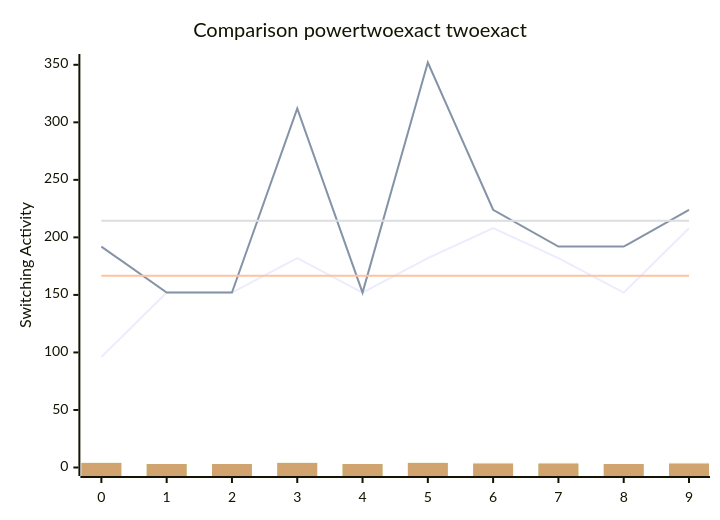
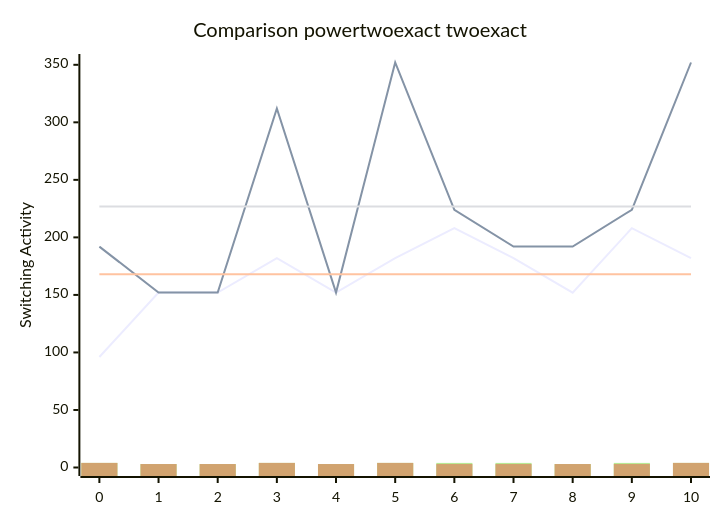
One commit to FeldmeierMichael/Exact-Power-Synthesis changed the diagram in benchmark.md. Above: the diagram before and after it, drawn with Mermaid. The commit also changed other lines of this file and 2 other files, not shown here.

````diff
--- a/benchmark.md
+++ b/benchmark.md
@@ -21,12 +23,12 @@
 ```mermaid
 xychart-beta
     title "Comparison powertwoexact twoexact"
-    x-axis [0, 1, 2, 3, 4, 5, 6, 7, 8, 9]
+    x-axis [0, 1, 2, 3, 4, 5, 6, 7, 8, 9, 10]
     y-axis "Switching Activity" 0-->352
-    line [96, 152, 152, 182, 152, 182, 208, 182, 152, 208]
-    line [192, 152, 152, 312, 152, 352, 224, 192, 192, 224]
-    line [166.6, 166.6, 166.6, 166.6, 166.6, 166.6, 166.6, 166.6, 166.6, 166.6]
-    line [214.4, 214.4, 214.4, 214.4, 214.4, 214.4, 214.4, 214.4, 214.4, 214.4]
-    bar [4, 3, 3, 4, 3, 4, 4, 4, 3, 4, 4, 3, 3, 4, 3, 4, 4, 4, 3, 4, 4, 3, 3, 4, 3, 4, 4, 4, 3, 4, 4, 3, 3, 4, 3, 4, 4, 4, 3, 4, 4, 3, 3, 4, 3, 4, 4, 4, 3, 4, 4, 3, 3, 4, 3, 4, 4, 4, 3, 4, 4, 3, 3, 4, 3, 4, 4, 4, 3, 4, 4, 3, 3, 4, 3, 4, 4, 4, 3, 4, 4, 3, 3, 4, 3, 4, 4, 4, 3, 4, 4, 3, 3, 4, 3, 4, 4, 4, 3, 4, 4, 3, 3, 4, 3, 4, 4, 4, 3, 4, 4, 3, 3, 4, 3, 4, 4, 4, 3, 4, 4, 3, 3, 4, 3, 4, 4, 4, 3, 4, 4, 3, 3, 4, 3, 4, 4, 4, 3, 4, 4, 3, 3, 4, 3, 4, 4, 4, 3, 4, 4, 3, 3, 4, 3, 4, 4, 4, 3, 4, 4, 3, 3, 4, 3, 4, 4, 4, 3, 4, 4, 3, 3, 4, 3, 4, 4, 4, 3, 4, 4, 3, 3, 4, 3, 4, 4, 4, 3, 4, 4, 3, 3, 4, 3, 4, 4, 4, 3, 4]
-    bar [4, 3, 3, 4, 3, 4, 3, 3, 3, 3, 4, 3, 3, 4, 3, 4, 3, 3, 3, 3, 4, 3, 3, 4, 3, 4, 3, 3, 3, 3, 4, 3, 3, 4, 3, 4, 3, 3, 3, 3, 4, 3, 3, 4, 3, 4, 3, 3, 3, 3, 4, 3, 3, 4, 3, 4, 3, 3, 3, 3, 4, 3, 3, 4, 3, 4, 3, 3, 3, 3, 4, 3, 3, 4, 3, 4, 3, 3, 3, 3, 4, 3, 3, 4, 3, 4, 3, 3, 3, 3, 4, 3, 3, 4, 3, 4, 3, 3, 3, 3, 4, 3, 3, 4, 3, 4, 3, 3, 3, 3, 4, 3, 3, 4, 3, 4, 3, 3, 3, 3, 4, 3, 3, 4, 3, 4, 3, 3, 3, 3, 4, 3, 3, 4, 3, 4, 3, 3, 3, 3, 4, 3, 3, 4, 3, 4, 3, 3, 3, 3, 4, 3, 3, 4, 3, 4, 3, 3, 3, 3, 4, 3, 3, 4, 3, 4, 3, 3, 3, 3, 4, 3, 3, 4, 3, 4, 3, 3, 3, 3, 4, 3, 3, 4, 3, 4, 3, 3, 3, 3, 4, 3, 3, 4, 3, 4, 3, 3, 3, 3]
+    line [96, 152, 152, 182, 152, 182, 208, 182, 152, 208, 182]
+    line [192, 152, 152, 312, 152, 352, 224, 192, 192, 224, 352]
+    line [168.0, 168.0, 168.0, 168.0, 168.0, 168.0, 168.0, 168.0, 168.0, 168.0, 168.0]
+    line [226.9090909090909, 226.9090909090909, 226.9090909090909, 226.9090909090909, 226.9090909090909, 226.9090909090909, 226.9090909090909, 226.9090909090909, 226.9090909090909, 226.9090909090909, 226.9090909090909]
+    bar [4, 3, 3, 4, 3, 4, 4, 4, 3, 4, 4, 4, 3, 3, 4, 3, 4, 4, 4, 3, 4, 4, 4, 3, 3, 4, 3, 4, 4, 4, 3, 4, 4, 4, 3, 3, 4, 3, 4, 4, 4, 3, 4, 4, 4, 3, 3, 4, 3, 4, 4, 4, 3, 4, 4, 4, 3, 3, 4, 3, 4, 4, 4, 3, 4, 4, 4, 3, 3, 4, 3, 4, 4, 4, 3, 4, 4, 4, 3, 3, 4, 3, 4, 4, 4, 3, 4, 4, 4, 3, 3, 4, 3, 4, 4, 4, 3, 4, 4, 4, 3, 3, 4, 3, 4, 4, 4, 3, 4, 4, 4, 3, 3, 4, 3, 4, 4, 4, 3, 4, 4, 4, 3, 3, 4, 3, 4, 4, 4, 3, 4, 4, 4, 3, 3, 4, 3, 4, 4, 4, 3, 4, 4, 4, 3, 3, 4, 3, 4, 4, 4, 3, 4, 4, 4, 3, 3, 4, 3, 4, 4, 4, 3, 4, 4, 4, 3, 3, 4, 3, 4, 4, 4, 3, 4, 4, 4, 3, 3, 4, 3, 4, 4, 4, 3, 4, 4, 4, 3, 3, 4, 3, 4, 4, 4, 3, 4, 4, 4, 3, 3, 4, 3, 4, 4, 4, 3, 4, 4, 4, 3, 3, 4, 3, 4, 4, 4, 3, 4, 4]
+    bar [4, 3, 3, 4, 3, 4, 3, 3, 3, 3, 4, 4, 3, 3, 4, 3, 4, 3, 3, 3, 3, 4, 4, 3, 3, 4, 3, 4, 3, 3, 3, 3, 4, 4, 3, 3, 4, 3, 4, 3, 3, 3, 3, 4, 4, 3, 3, 4, 3, 4, 3, 3, 3, 3, 4, 4, 3, 3, 4, 3, 4, 3, 3, 3, 3, 4, 4, 3, 3, 4, 3, 4, 3, 3, 3, 3, 4, 4, 3, 3, 4, 3, 4, 3, 3, 3, 3, 4, 4, 3, 3, 4, 3, 4, 3, 3, 3, 3, 4, 4, 3, 3, 4, 3, 4, 3, 3, 3, 3, 4, 4, 3, 3, 4, 3, 4, 3, 3, 3, 3, 4, 4, 3, 3, 4, 3, 4, 3, 3, 3, 3, 4, 4, 3, 3, 4, 3, 4, 3, 3, 3, 3, 4, 4, 3, 3, 4, 3, 4, 3, 3, 3, 3, 4, 4, 3, 3, 4, 3, 4, 3, 3, 3, 3, 4, 4, 3, 3, 4, 3, 4, 3, 3, 3, 3, 4, 4, 3, 3, 4, 3, 4, 3, 3, 3, 3, 4, 4, 3, 3, 4, 3, 4, 3, 3, 3, 3, 4, 4, 3, 3, 4, 3, 4, 3, 3, 3, 3, 4, 4, 3, 3, 4, 3, 4, 3, 3, 3, 3, 4]
 ```
````
